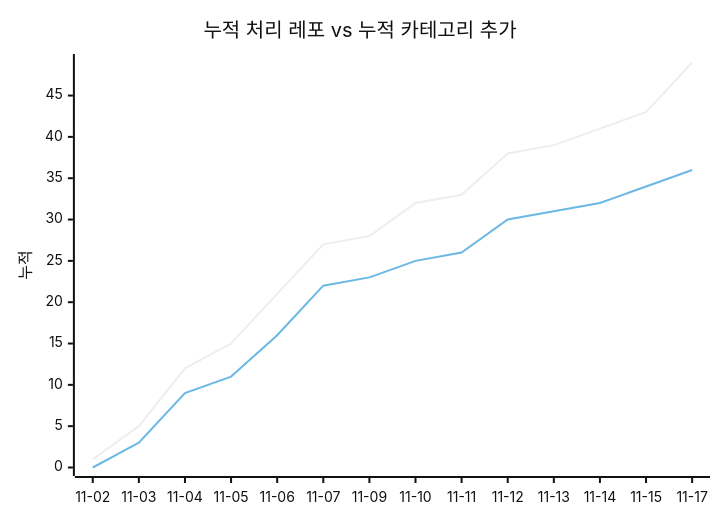
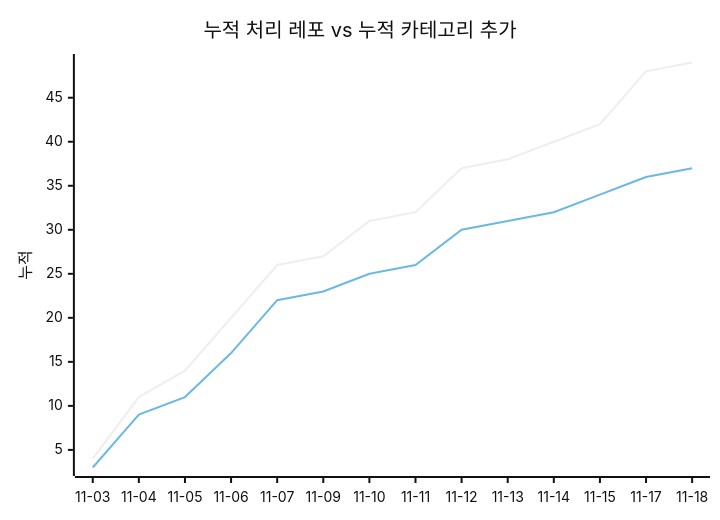
One commit to J-nowcow/awesome-korean-agent-skills changed the second of 2 diagrams in docs/trends.md. Above: the diagram before and after it, drawn with Mermaid (neutral theme). The commit also changed other lines of this file and 4 other files, not shown here.

````diff
--- a/docs/trends.md
+++ b/docs/trends.md
@@ -68,8 +68,8 @@
 ```mermaid
 xychart-beta
     title "누적 처리 레포 vs 누적 카테고리 추가"
-    x-axis ["11-02","11-03","11-04","11-05","11-06","11-07","11-09","11-10","11-11","11-12","11-13","11-14","11-15","11-17"]
+    x-axis ["11-03","11-04","11-05","11-06","11-07","11-09","11-10","11-11","11-12","11-13","11-14","11-15","11-17","11-18"]
     y-axis "누적"
-    line [1,5,12,15,21,27,28,32,33,38,39,41,43,49]
-    line [0,3,9,11,16,22,23,25,26,30,31,32,34,36]
+    line [4,11,14,20,26,27,31,32,37,38,40,42,48,49]
+    line [3,9,11,16,22,23,25,26,30,31,32,34,36,37]
 ```
````
